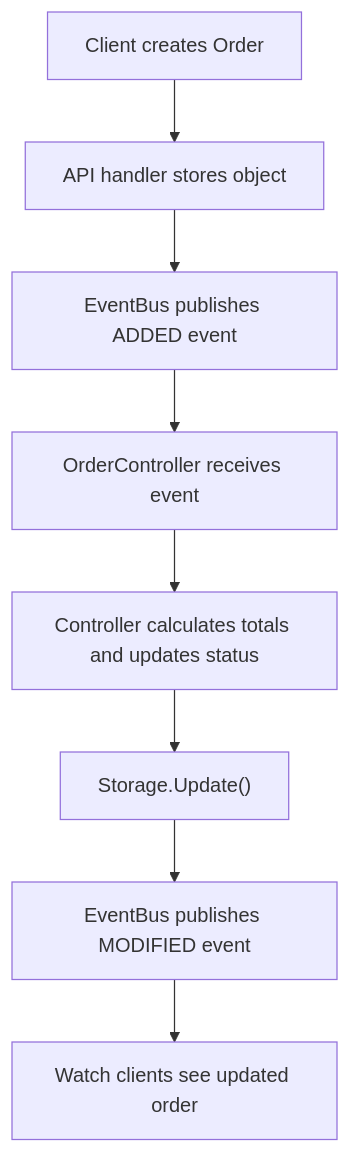
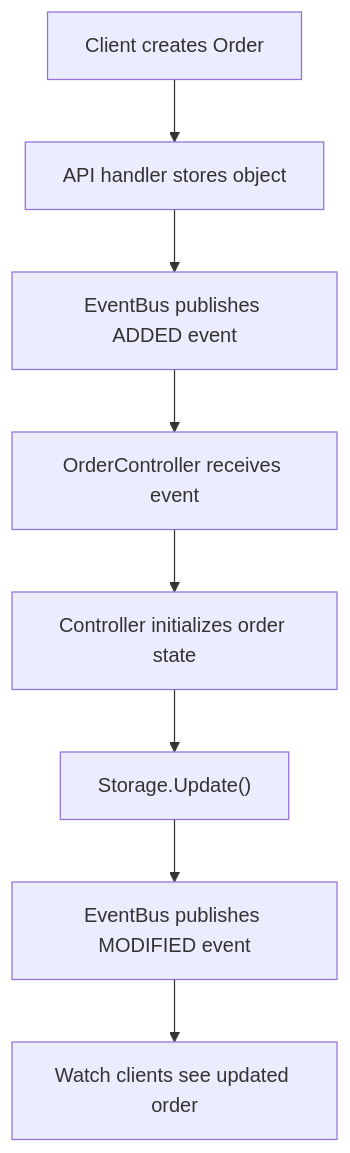
Diagram 18 of 24 in BOOK.md (pergus/api-server), drawn with Mermaid before and after one commit. The commit also changed other lines of this file, not shown here.

````diff
--- a/BOOK.md
+++ b/BOOK.md
@@ -9084,10 +9084,10 @@
 ```mermaid
 flowchart TD
     A["Client creates Order"] --> B["API handler stores object"]
     B --> C["EventBus publishes ADDED event"]
     C --> D["OrderController receives event"]
-    D --> E["Controller calculates totals and updates status"]
+    D --> E["Controller initializes order state"]
     E --> F["Storage.Update()"]
     F --> G["EventBus publishes MODIFIED event"]
     G --> H["Watch clients see updated order"]
 ```
````
